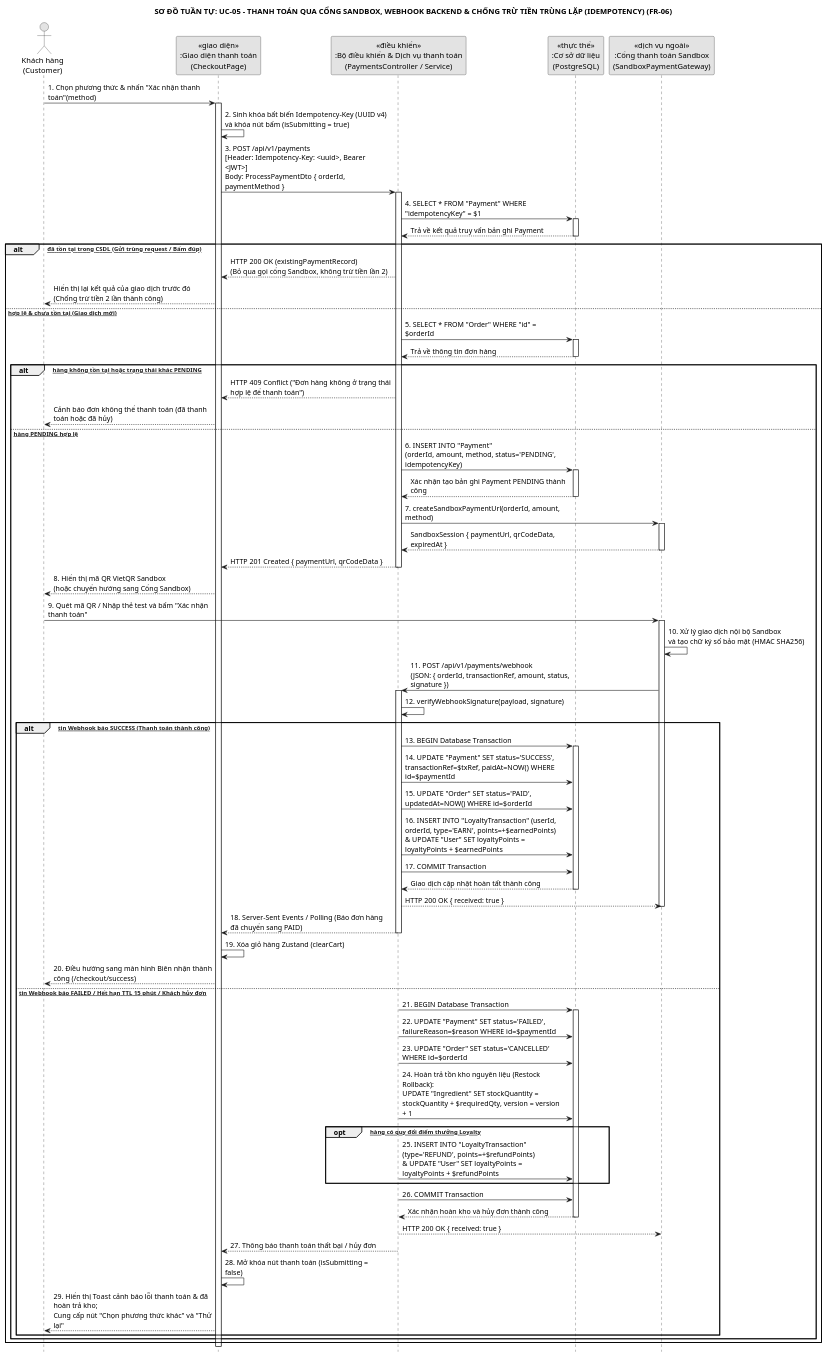
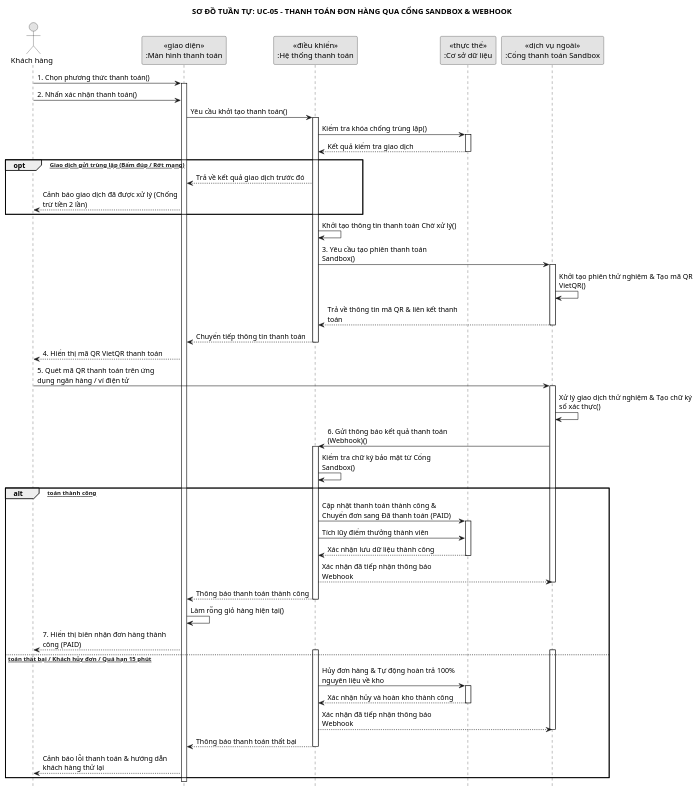
The diagram in docs/diagrams/sequence-05-payment.puml (SamuiSang/brewlite2), drawn with PlantUML before and after one commit. The commit also changed 1 other file, not shown here.

```diff
--- a/docs/diagrams/sequence-05-payment.puml
+++ b/docs/diagrams/sequence-05-payment.puml
@@ -1,122 +1,95 @@
-@startuml sequence-05-payment
+@startuml
 skinparam monochrome true
 skinparam shadowing false
 skinparam backgroundColor white
 skinparam defaultFontName "Segoe UI", "Arial", sans-serif
 
 hide footbox
 skinparam sequenceMessageAlign left
 skinparam responseMessageBelowArrow true
-skinparam maxMessageSize 300
+skinparam maxMessageSize 250
 
-title SƠ ĐỒ TUẦN TỰ: UC-05 – THANH TOÁN QUA CỔNG SANDBOX, WEBHOOK BACKEND & CHỐNG TRỪ TIỀN TRÙNG LẶP (IDEMPOTENCY) (FR-06)
+title SƠ ĐỒ TUẦN TỰ: UC-05 - THANH TOÁN ĐƠN HÀNG QUA CỔNG SANDBOX & WEBHOOK
 
-actor "Khách hàng\n(Customer)" as Customer
-participant "«giao diện»\n:Giao diện thanh toán\n(CheckoutPage)" as CheckoutPage
-participant "«điều khiển»\n:Bộ điều khiển & Dịch vụ thanh toán\n(PaymentsController / Service)" as API
-participant "«thực thể»\n:Cơ sở dữ liệu\n(PostgreSQL)" as DB
-participant "«dịch vụ ngoài»\n:Cổng thanh toán Sandbox\n(SandboxPaymentGateway)" as Gateway
+actor "Khách hàng" as Customer
+participant "«giao diện»\n:Màn hình thanh toán" as UI
+participant "«điều khiển»\n:Hệ thống thanh toán" as Service
+participant "«thực thể»\n:Cơ sở dữ liệu" as DB
+participant "«dịch vụ ngoài»\n:Cổng thanh toán Sandbox" as Gateway
 
-Customer -> CheckoutPage: 1. Chọn phương thức & nhấn "Xác nhận thanh toán"(method)
-activate CheckoutPage
+Customer -> UI: 1. Chọn phương thức thanh toán()
+activate UI
 
-CheckoutPage -> CheckoutPage: 2. Sinh khóa bất biến Idempotency-Key (UUID v4)\nvà khóa nút bấm (isSubmitting = true)
+Customer -> UI: 2. Nhấn xác nhận thanh toán()
+UI -> Service: Yêu cầu khởi tạo thanh toán()
+activate Service
 
-CheckoutPage -> API: 3. POST /api/v1/payments\n[Header: Idempotency-Key: <uuid>, Bearer <JWT>]\nBody: ProcessPaymentDto { orderId, paymentMethod }
-activate API
-
-API -> DB: 4. SELECT * FROM "Payment" WHERE "idempotencyKey" = $1
+Service -> DB: Kiểm tra khóa chống trùng lặp()
 activate DB
-DB --> API: Trả về kết quả truy vấn bản ghi Payment
+DB --> Service: Kết quả kiểm tra giao dịch
 deactivate DB
 
-alt [Idempotency-Key đã tồn tại trong CSDL (Gửi trùng request / Bấm đúp)]
-    API --> CheckoutPage: HTTP 200 OK (existingPaymentRecord)\n(Bỏ qua gọi cổng Sandbox, không trừ tiền lần 2)
-    CheckoutPage --> Customer: Hiển thị lại kết quả của giao dịch trước đó\n(Chống trừ tiền 2 lần thành công)
-else [Idempotency-Key hợp lệ & chưa tồn tại (Giao dịch mới)]
-    API -> DB: 5. SELECT * FROM "Order" WHERE "id" = $orderId
+opt [2a: Giao dịch gửi trùng lặp (Bấm đúp / Rớt mạng)]
+    Service --> UI: Trả về kết quả giao dịch trước đó
+    UI --> Customer: Cảnh báo giao dịch đã được xử lý (Chống trừ tiền 2 lần)
+end
+
+Service -> Service: Khởi tạo thông tin thanh toán Chờ xử lý()
+
+Service -> Gateway: 3. Yêu cầu tạo phiên thanh toán Sandbox()
+activate Gateway
+
+Gateway -> Gateway: Khởi tạo phiên thử nghiệm & Tạo mã QR VietQR()
+Gateway --> Service: Trả về thông tin mã QR & liên kết thanh toán
+deactivate Gateway
+
+Service --> UI: Chuyển tiếp thông tin thanh toán
+deactivate Service
+
+UI --> Customer: 4. Hiển thị mã QR VietQR thanh toán
+
+Customer -> Gateway: 5. Quét mã QR thanh toán trên ứng dụng ngân hàng / ví điện tử
+activate Gateway
+
+Gateway -> Gateway: Xử lý giao dịch thử nghiệm & Tạo chữ ký số xác thực()
+Gateway -> Service: 6. Gửi thông báo kết quả thanh toán (Webhook)()
+activate Service
+
+Service -> Service: Kiểm tra chữ ký bảo mật từ Cổng Sandbox()
+
+alt [Thanh toán thành công]
+    Service -> DB: Cập nhật thanh toán thành công & Chuyển đơn sang Đã thanh toán (PAID)
     activate DB
-    DB --> API: Trả về thông tin đơn hàng
+    Service -> DB: Tích lũy điểm thưởng thành viên
+    DB --> Service: Xác nhận lưu dữ liệu thành công
     deactivate DB
     
-    alt [Đơn hàng không tồn tại hoặc trạng thái khác PENDING]
-        API --> CheckoutPage: HTTP 409 Conflict ("Đơn hàng không ở trạng thái hợp lệ để thanh toán")
-        CheckoutPage --> Customer: Cảnh báo đơn không thể thanh toán (đã thanh toán hoặc đã hủy)
-    else [Đơn hàng PENDING hợp lệ]
-        API -> DB: 6. INSERT INTO "Payment"\n(orderId, amount, method, status='PENDING', idempotencyKey)
-        activate DB
-        DB --> API: Xác nhận tạo bản ghi Payment PENDING thành công
-        deactivate DB
-        
-        API -> Gateway: 7. createSandboxPaymentUrl(orderId, amount, method)
-        activate Gateway
-        Gateway --> API: SandboxSession { paymentUrl, qrCodeData, expiredAt }
-        deactivate Gateway
-        
-        API --> CheckoutPage: HTTP 201 Created { paymentUrl, qrCodeData }
-        deactivate API
-        
-        CheckoutPage --> Customer: 8. Hiển thị mã QR VietQR Sandbox\n(hoặc chuyển hướng sang Cổng Sandbox)
-        
-        Customer -> Gateway: 9. Quét mã QR / Nhập thẻ test và bấm "Xác nhận thanh toán"
-        activate Gateway
-        
-        Gateway -> Gateway: 10. Xử lý giao dịch nội bộ Sandbox\nvà tạo chữ ký số bảo mật (HMAC SHA256)
-        
-        Gateway -> API: 11. POST /api/v1/payments/webhook\n(JSON: { orderId, transactionRef, amount, status, signature })
-        activate API
-        
-        API -> API: 12. verifyWebhookSignature(payload, signature)
-        
-        alt [Bản tin Webhook báo SUCCESS (Thanh toán thành công)]
-            API -> DB: 13. BEGIN Database Transaction
-            activate DB
-            
-            API -> DB: 14. UPDATE "Payment" SET status='SUCCESS', transactionRef=$txRef, paidAt=NOW() WHERE id=$paymentId
-            API -> DB: 15. UPDATE "Order" SET status='PAID', updatedAt=NOW() WHERE id=$orderId
-            API -> DB: 16. INSERT INTO "LoyaltyTransaction" (userId, orderId, type='EARN', points=+$earnedPoints)\n& UPDATE "User" SET loyaltyPoints = loyaltyPoints + $earnedPoints
-            
-            API -> DB: 17. COMMIT Transaction
-            DB --> API: Giao dịch cập nhật hoàn tất thành công
-            deactivate DB
-            
-            API --> Gateway: HTTP 200 OK { received: true }
-            deactivate Gateway
-            
-            API --> CheckoutPage: 18. Server-Sent Events / Polling (Báo đơn hàng đã chuyển sang PAID)
-            deactivate API
-            
-            CheckoutPage -> CheckoutPage: 19. Xóa giỏ hàng Zustand (clearCart)
-            CheckoutPage --> Customer: 20. Điều hướng sang màn hình Biên nhận thành công (/checkout/success)
-            
-        else [Bản tin Webhook báo FAILED / Hết hạn TTL 15 phút / Khách hủy đơn]
-            API -> DB: 21. BEGIN Database Transaction
-            activate DB
-            
-            API -> DB: 22. UPDATE "Payment" SET status='FAILED', failureReason=$reason WHERE id=$paymentId
-            API -> DB: 23. UPDATE "Order" SET status='CANCELLED' WHERE id=$orderId
-            API -> DB: 24. Hoàn trả tồn kho nguyên liệu (Restock Rollback):\nUPDATE "Ingredient" SET stockQuantity = stockQuantity + $requiredQty, version = version + 1
-            
-            opt [Đơn hàng có quy đổi điểm thưởng Loyalty]
-                API -> DB: 25. INSERT INTO "LoyaltyTransaction" (type='REFUND', points=+$refundPoints)\n& UPDATE "User" SET loyaltyPoints = loyaltyPoints + $refundPoints
-            end
-            
-            API -> DB: 26. COMMIT Transaction
-            DB --> API: Xác nhận hoàn kho và hủy đơn thành công
-            deactivate DB
-            
-            API --> Gateway: HTTP 200 OK { received: true }
-            deactivate Gateway
-            
-            API --> CheckoutPage: 27. Thông báo thanh toán thất bại / hủy đơn
-            deactivate API
-            
-            CheckoutPage -> CheckoutPage: 28. Mở khóa nút thanh toán (isSubmitting = false)
-            CheckoutPage --> Customer: 29. Hiển thị Toast cảnh báo lỗi thanh toán & đã hoàn trả kho;\nCung cấp nút "Chọn phương thức khác" và "Thử lại"
-        end
-    end
+    Service --> Gateway: Xác nhận đã tiếp nhận thông báo Webhook
+    deactivate Gateway
+    
+    Service --> UI: Thông báo thanh toán thành công
+    deactivate Service
+    
+    UI -> UI: Làm rỗng giỏ hàng hiện tại()
+    UI --> Customer: 7. Hiển thị biên nhận đơn hàng thành công (PAID)
+
+else [Thanh toán thất bại / Khách hủy đơn / Quá hạn 15 phút]
+    activate Service
+    activate Gateway
+    Service -> DB: Hủy đơn hàng & Tự động hoàn trả 100% nguyên liệu về kho
+    activate DB
+    DB --> Service: Xác nhận hủy và hoàn kho thành công
+    deactivate DB
+    
+    Service --> Gateway: Xác nhận đã tiếp nhận thông báo Webhook
+    deactivate Gateway
+    
+    Service --> UI: Thông báo thanh toán thất bại
+    deactivate Service
+    
+    UI --> Customer: Cảnh báo lỗi thanh toán & hướng dẫn khách hàng thử lại
 end
 
-deactivate CheckoutPage
+deactivate UI
 
 @enduml
```
